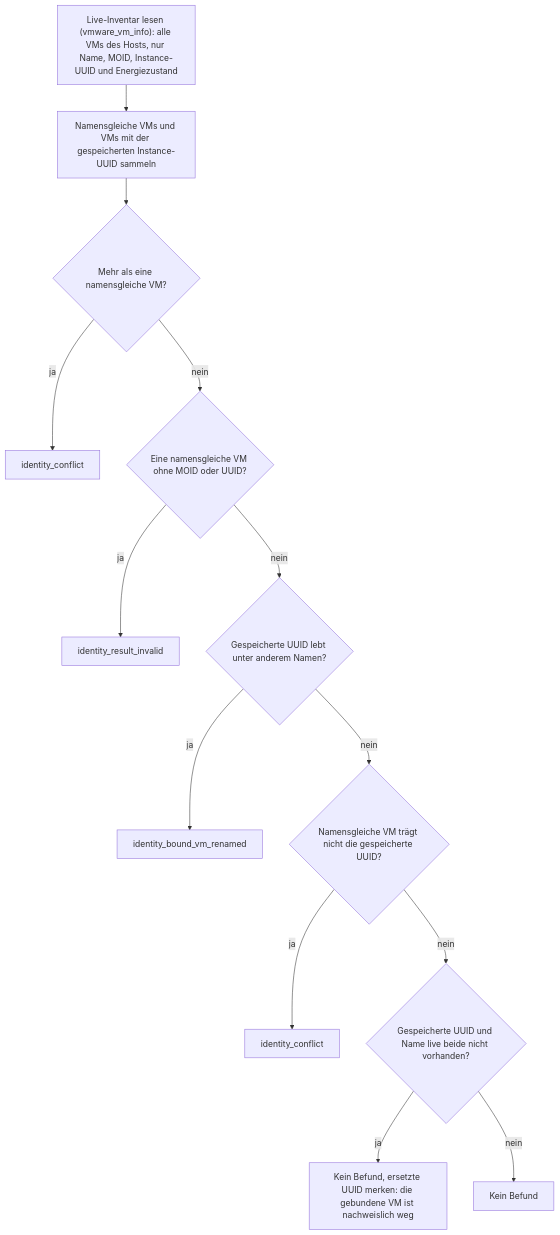
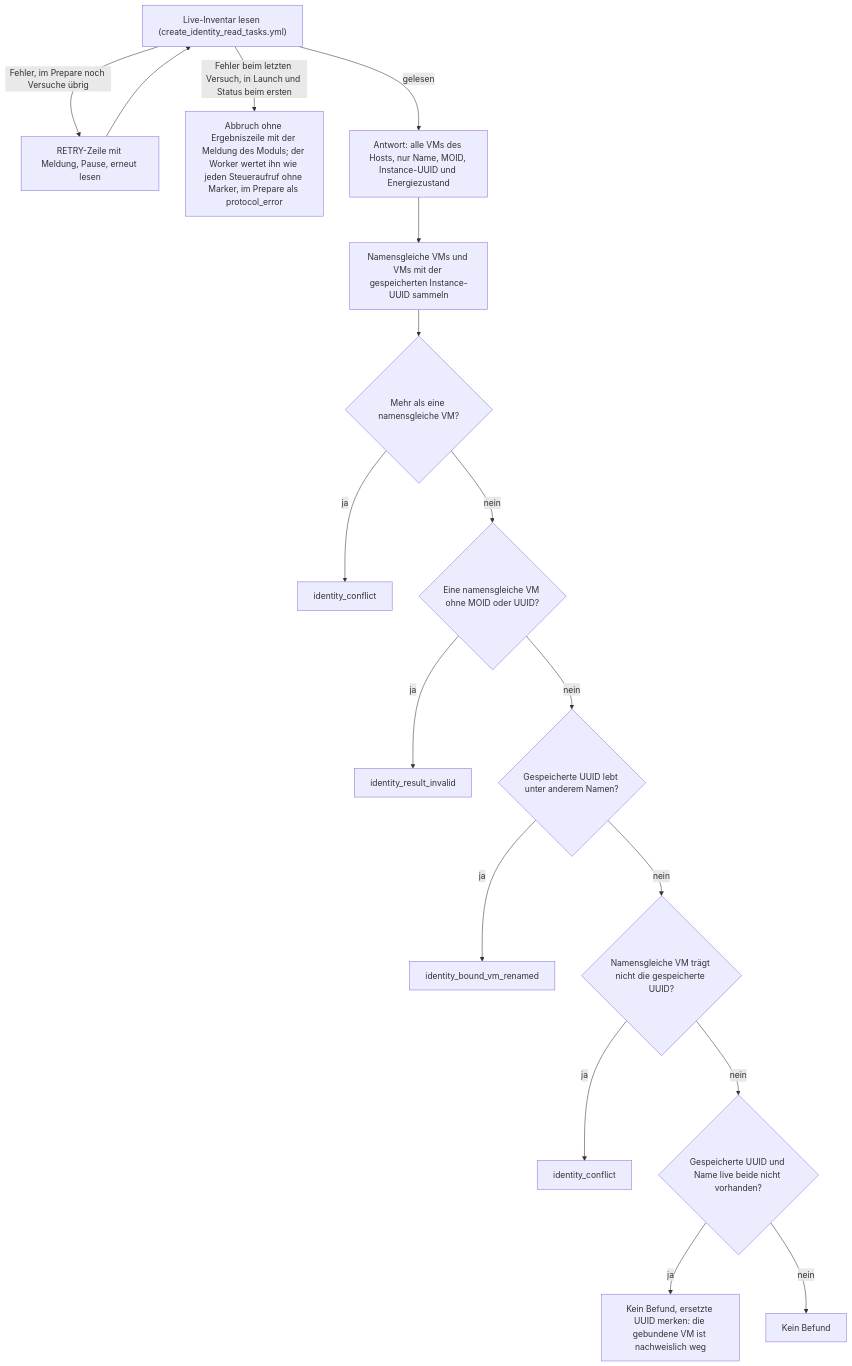
The ninth of 18 diagrams in docs/operations/deploy-flows.md (Samy94M/VirtuSphere-v2-WebApp), drawn with Mermaid before and after one commit. The commit also changed other lines of this file and 48 other files, not shown here.

````diff
--- a/docs/operations/deploy-flows.md
+++ b/docs/operations/deploy-flows.md
@@ -362,15 +363,19 @@
 ```mermaid
 flowchart TD
-  A["Live-Inventar lesen (vmware_vm_info): alle VMs des Hosts, nur Name, MOID, Instance-UUID und Energiezustand"] --> B["Namensgleiche VMs und VMs mit der gespeicherten Instance-UUID sammeln"]
+  R["Live-Inventar lesen (create_identity_read_tasks.yml)"] -->|Fehler, im Prepare noch Versuche übrig| RW["RETRY-Zeile mit Meldung, Pause, erneut lesen"]
+  RW --> R
+  R -->|Fehler beim letzten Versuch, in Launch und Status beim ersten| RX["Abbruch ohne Ergebniszeile mit der Meldung des Moduls; der Worker wertet ihn wie jeden Steueraufruf ohne Marker, im Prepare als protocol_error"]
+  R -->|gelesen| A
+  A["Antwort: alle VMs des Hosts, nur Name, MOID, Instance-UUID und Energiezustand"] --> B["Namensgleiche VMs und VMs mit der gespeicherten Instance-UUID sammeln"]
   B --> C{"Mehr als eine namensgleiche VM?"}
   C -->|ja| C1["identity_conflict"]
   C -->|nein| D{"Eine namensgleiche VM ohne MOID oder UUID?"}
   D -->|ja| D1["identity_result_invalid"]
   D -->|nein| E{"Gespeicherte UUID lebt unter anderem Namen?"}
   E -->|ja| E1["identity_bound_vm_renamed"]
   E -->|nein| F{"Namensgleiche VM trägt nicht die gespeicherte UUID?"}
   F -->|ja| F1["identity_conflict"]
   F -->|nein| G{"Gespeicherte UUID und Name live beide nicht vorhanden?"}
   G -->|ja| G1["Kein Befund, ersetzte UUID merken: die gebundene VM ist nachweislich weg"]
   G -->|nein| G2["Kein Befund"]
 ```
````
